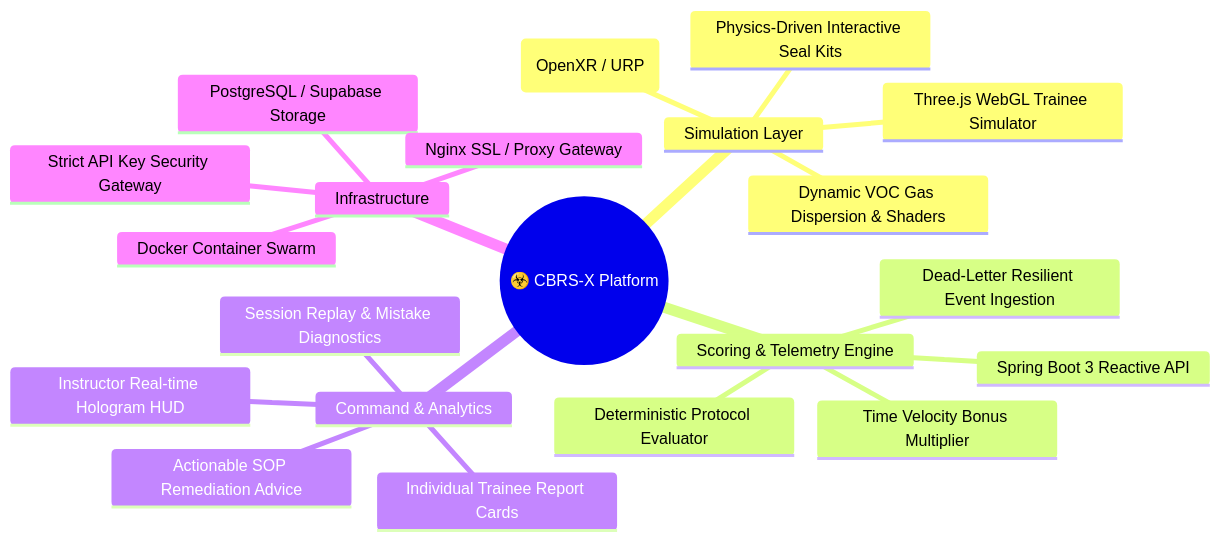
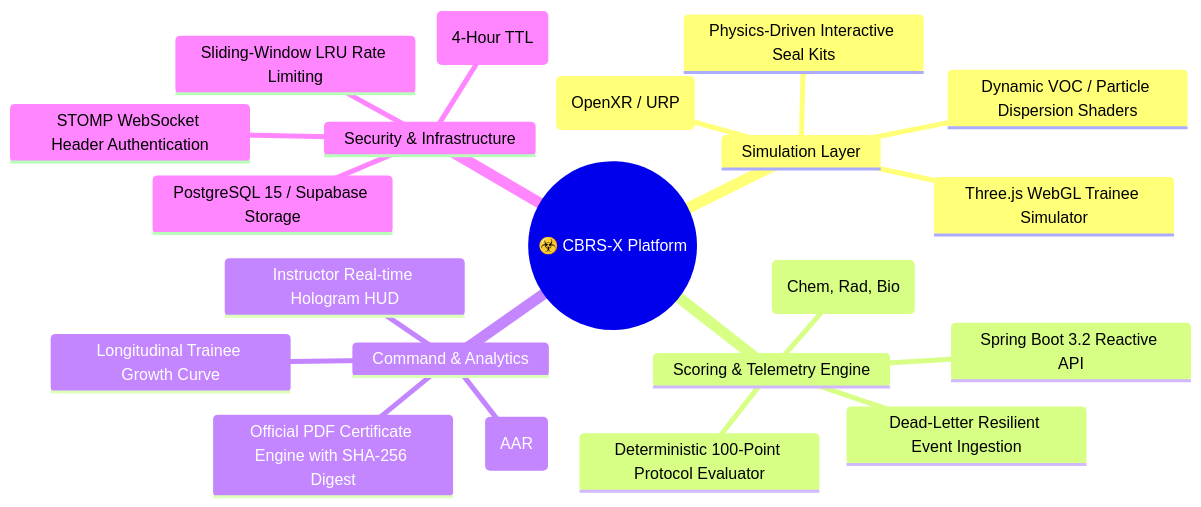
One commit to Lohith-RC/CBRN-X changed the first of 5 diagrams in README.md. Above: the diagram before and after it, drawn with Mermaid. The commit also changed other lines of this file, not shown here.

Commit message:
docs: revise README.md with comprehensive diagrams, architecture, ERD, and API contracts

````diff
--- a/README.md
+++ b/README.md
@@ -58,24 +67,24 @@
 ```mermaid
 mindmap
   root((☣️ CBRS-X Platform))
     Simulation Layer
       Unity VR Client (OpenXR / URP)
       Three.js WebGL Trainee Simulator
-      Dynamic VOC Gas Dispersion & Shaders
+      Dynamic VOC / Particle Dispersion Shaders
       Physics-Driven Interactive Seal Kits
     Scoring & Telemetry Engine
-      Spring Boot 3 Reactive API
-      Deterministic Protocol Evaluator
-      Time Velocity Bonus Multiplier
+      Spring Boot 3.2 Reactive API
+      Deterministic 100-Point Protocol Evaluator
+      Multi-Hazard Polymorphic Logic (Chem, Rad, Bio)
       Dead-Letter Resilient Event Ingestion
     Command & Analytics
       Instructor Real-time Hologram HUD
-      Individual Trainee Report Cards
-      Actionable SOP Remediation Advice
-      Session Replay & Mistake Diagnostics
-    Infrastructure
-      PostgreSQL / Supabase Storage
-      Docker Container Swarm
-      Nginx SSL / Proxy Gateway
-      Strict API Key Security Gateway
+      Longitudinal Trainee Growth Curve
+      Automated AI After-Action Review (AAR)
+      Official PDF Certificate Engine with SHA-256 Digest
+    Security & Infrastructure
+      PostgreSQL 15 / Supabase Storage
+      STOMP WebSocket Header Authentication
+      Sliding-Window LRU Rate Limiting
+      Scheduled Session Reaper (4-Hour TTL)
 ```
````
